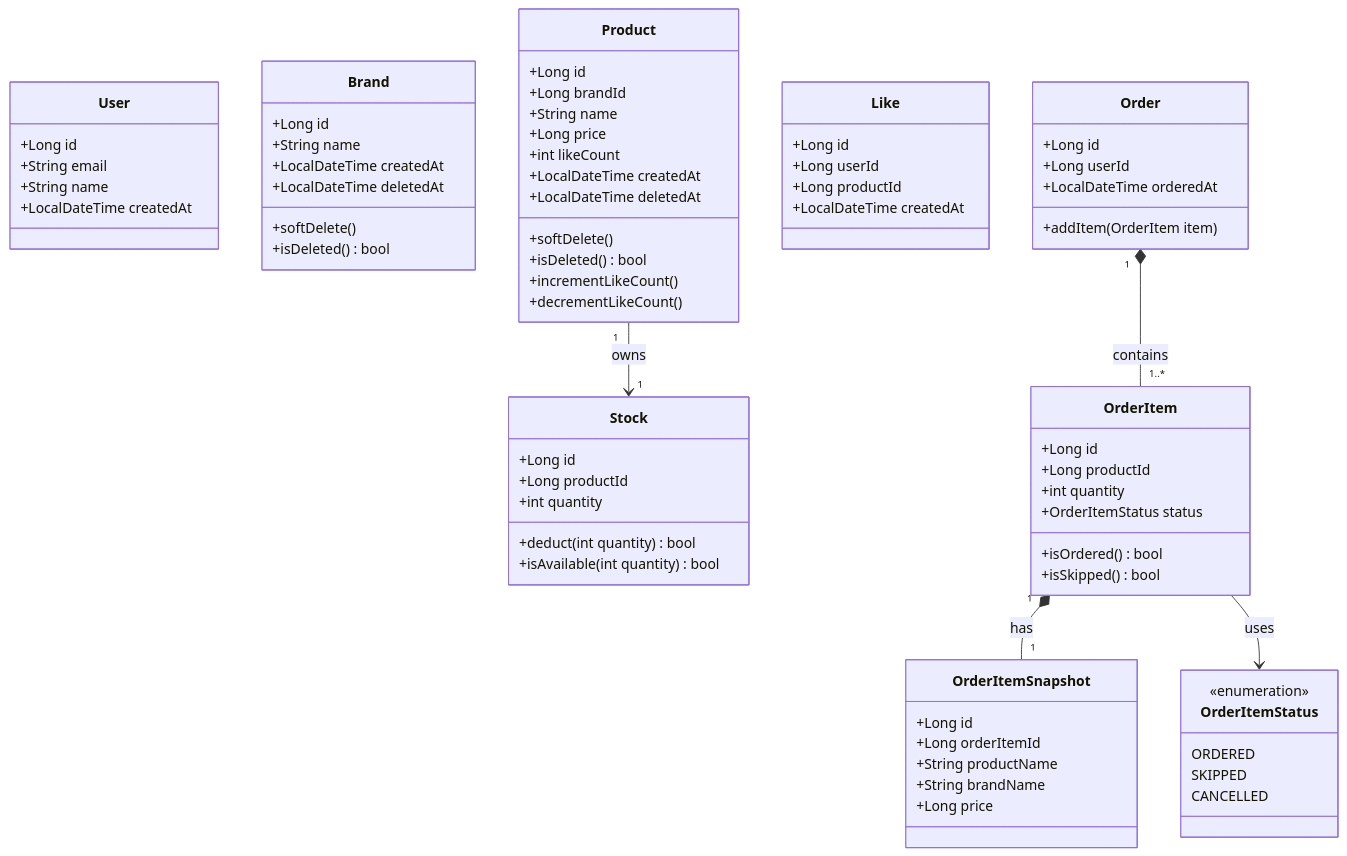
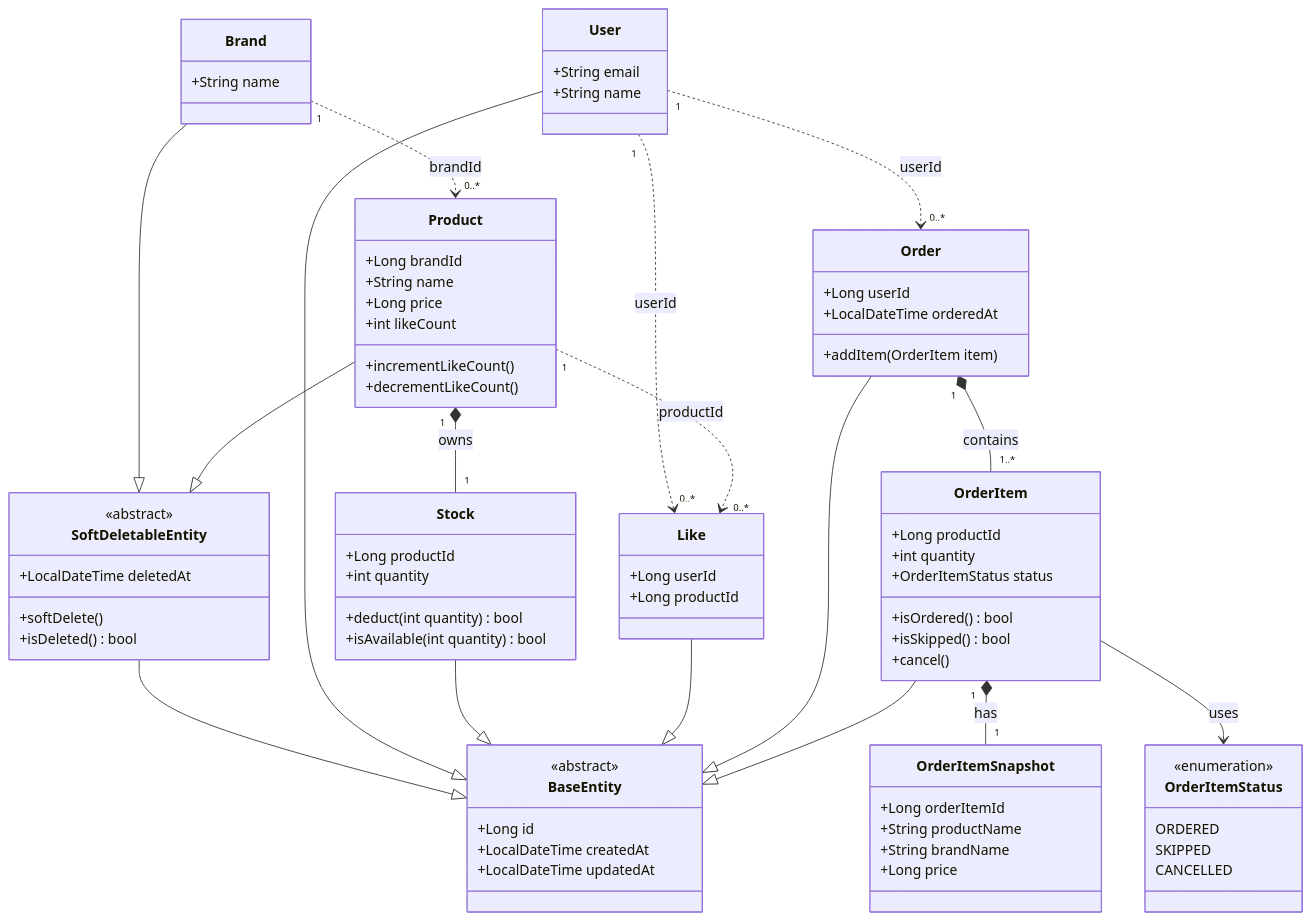
One commit to loopers-labs/loop-pack-be-l2-vol4-java changed the first of 3 diagrams in docs/week2/03-class-diagram.md. Above: the diagram before and after it, drawn with Mermaid. The commit also changed other lines of this file, not shown here.

Commit message:
docs: 클래스 다이어그램 보완 (인터페이스, 제약조건, 연관관계, 일반화, 의존성 추가)

````diff
--- a/docs/week2/03-class-diagram.md
+++ b/docs/week2/03-class-diagram.md
@@ -20,85 +22,92 @@
 ```mermaid
 classDiagram
+    %% ─────────────────────────────
+    %% 일반화 (Generalization)
+    %% ─────────────────────────────
+    class BaseEntity {
+        <<abstract>>
+        +Long id
+        +LocalDateTime createdAt
+        +LocalDateTime updatedAt
+    }
+
+    class SoftDeletableEntity {
+        <<abstract>>
+        +LocalDateTime deletedAt
+        +softDelete()
+        +isDeleted() bool
+    }
+
+    SoftDeletableEntity --|> BaseEntity
+
     %% ─────────────────────────────
     %% User Aggregate
     %% ─────────────────────────────
     class User {
-        +Long id
         +String email
         +String name
-        +LocalDateTime createdAt
     }
+    User --|> BaseEntity
 
     %% ─────────────────────────────
     %% Brand Aggregate
     %% ─────────────────────────────
     class Brand {
-        +Long id
         +String name
-        +LocalDateTime createdAt
-        +LocalDateTime deletedAt
-        +softDelete()
-        +isDeleted() bool
     }
+    Brand --|> SoftDeletableEntity
 
     %% ─────────────────────────────
     %% Product Aggregate
     %% ─────────────────────────────
     class Product {
-        +Long id
         +Long brandId
         +String name
         +Long price
         +int likeCount
-        +LocalDateTime createdAt
-        +LocalDateTime deletedAt
-        +softDelete()
-        +isDeleted() bool
         +incrementLikeCount()
         +decrementLikeCount()
     }
+    Product --|> SoftDeletableEntity
 
     class Stock {
-        +Long id
         +Long productId
         +int quantity
         +deduct(int quantity) bool
         +isAvailable(int quantity) bool
     }
-
-    Product "1" --> "1" Stock : owns
+    Stock --|> BaseEntity
 
     %% ─────────────────────────────
     %% Like Aggregate
     %% ─────────────────────────────
     class Like {
-        +Long id
         +Long userId
         +Long productId
-        +LocalDateTime createdAt
     }
+    Like --|> BaseEntity
 
     %% ─────────────────────────────
     %% Order Aggregate
     %% ─────────────────────────────
     class Order {
-        +Long id
         +Long userId
         +LocalDateTime orderedAt
         +addItem(OrderItem item)
     }
+    Order --|> BaseEntity
 
     class OrderItem {
-        +Long id
         +Long productId
         +int quantity
         +OrderItemStatus status
         +isOrdered() bool
         +isSkipped() bool
+        +cancel()
     }
+    OrderItem --|> BaseEntity
 
     class OrderItemSnapshot {
-        +Long id
         +Long orderItemId
         +String productName
         +String brandName
@@ -112,7 +121,19 @@
         CANCELLED
     }
 
+    %% ─────────────────────────────
+    %% Aggregate 내부 연관관계 (Composition)
+    %% ─────────────────────────────
+    Product "1" *-- "1" Stock : owns
     Order "1" *-- "1..*" OrderItem : contains
     OrderItem "1" *-- "1" OrderItemSnapshot : has
     OrderItem --> OrderItemStatus : uses
+
+    %% ─────────────────────────────
+    %% Aggregate 간 연관관계 (ID 참조 — 점선)
+    %% ─────────────────────────────
+    Brand "1" ..> "0..*" Product : brandId
+    User "1" ..> "0..*" Order : userId
+    User "1" ..> "0..*" Like : userId
+    Product "1" ..> "0..*" Like : productId
 ```
````
